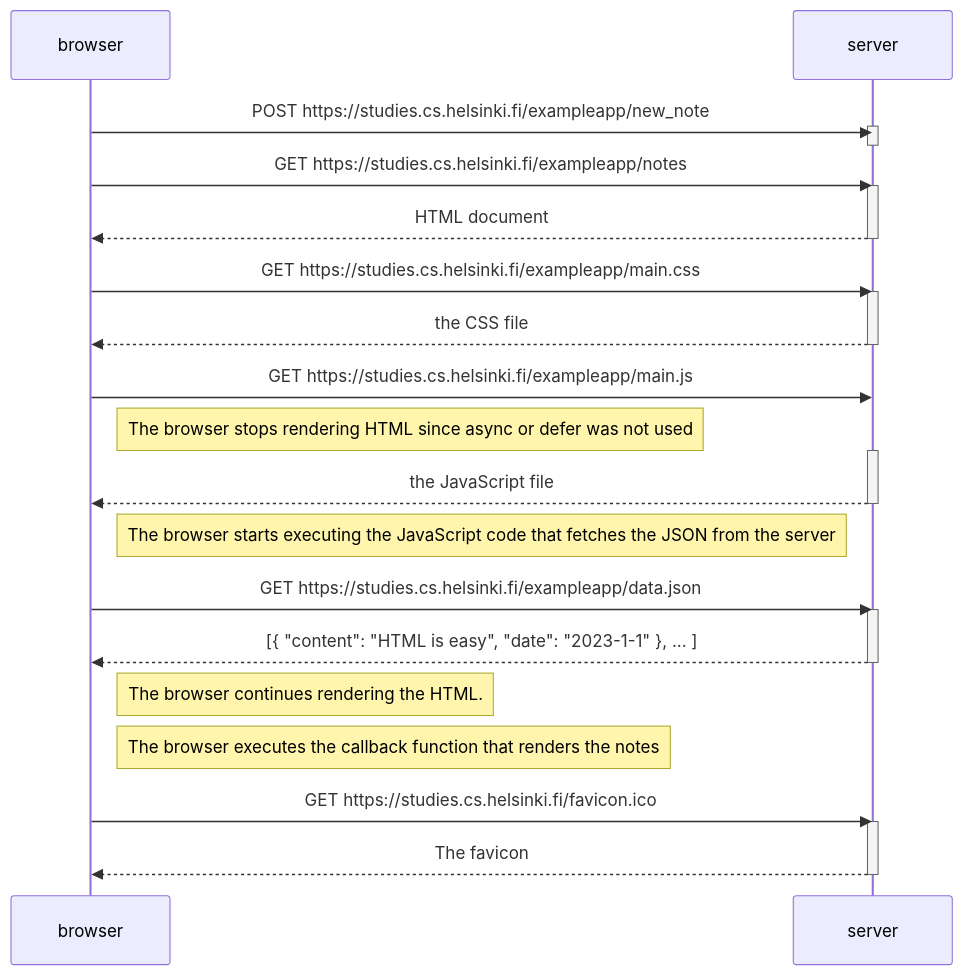
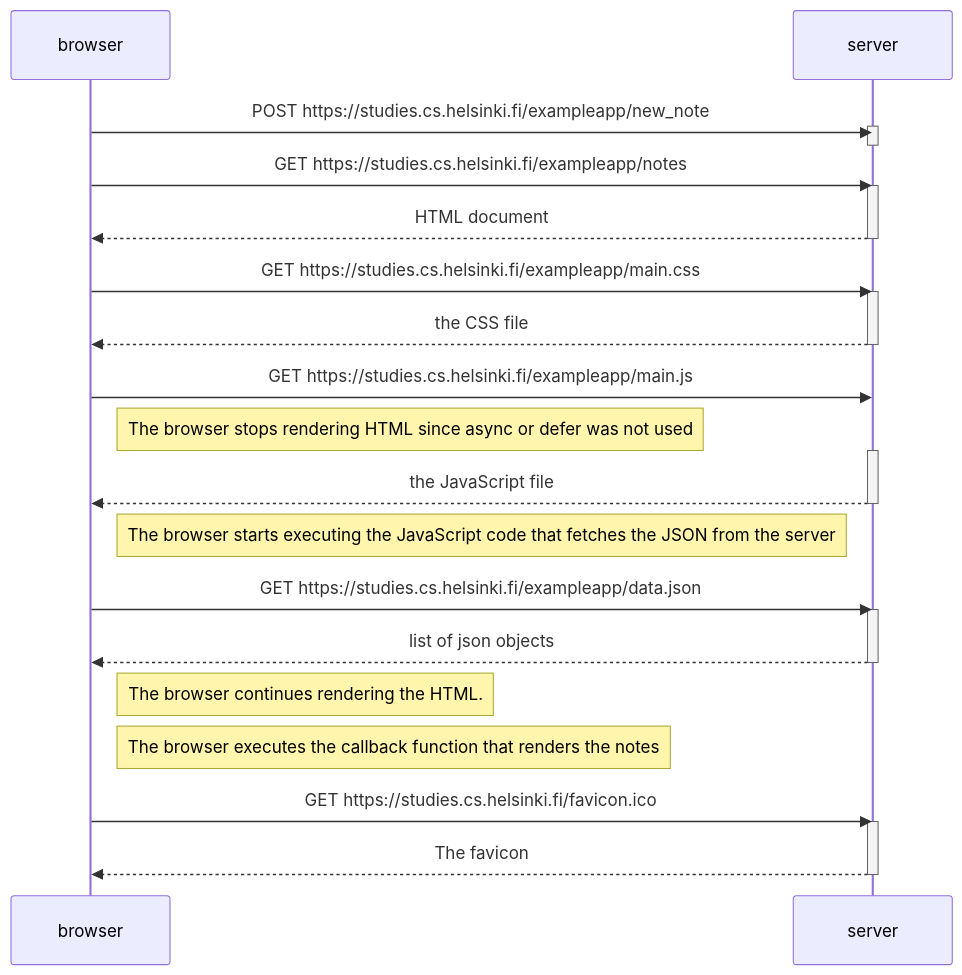
One commit to att-ar/fso changed the diagram in part0/ex4.md. Above: the diagram before and after it, drawn with Mermaid.

````diff
--- a/part0/ex4.md
+++ b/part0/ex4.md
@@ -1,39 +1,39 @@
 ```mermaid
 sequenceDiagram
     participant browser
     participant server
     
     browser->>server: POST https://studies.cs.helsinki.fi/exampleapp/new_note
     activate server
     deactivate server
     
     browser->>server: GET https://studies.cs.helsinki.fi/exampleapp/notes
     activate server
     server-->>browser: HTML document
     deactivate server
     
     browser->>server: GET https://studies.cs.helsinki.fi/exampleapp/main.css
     activate server
     server-->>browser: the CSS file
     deactivate server
     
     browser->>server: GET https://studies.cs.helsinki.fi/exampleapp/main.js
     Note right of browser: The browser stops rendering HTML since async or defer was not used
     activate server
     server-->>browser: the JavaScript file
     deactivate server
     
     Note right of browser: The browser starts executing the JavaScript code that fetches the JSON from the server
     
     browser->>server: GET https://studies.cs.helsinki.fi/exampleapp/data.json
     activate server
-    server-->>browser: [{ "content": "HTML is easy", "date": "2023-1-1" }, ... ]
+    server-->>browser: list of json objects
     deactivate server
     Note right of browser: The browser continues rendering the HTML.
     Note right of browser: The browser executes the callback function that renders the notes
     
     browser->>server: GET https://studies.cs.helsinki.fi/favicon.ico
     activate server
     server-->>browser: The favicon
     deactivate server
 ```
````
